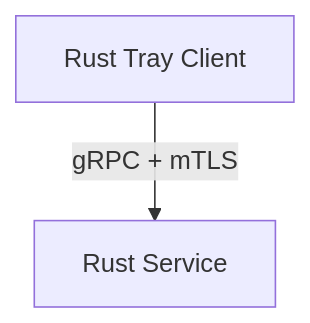
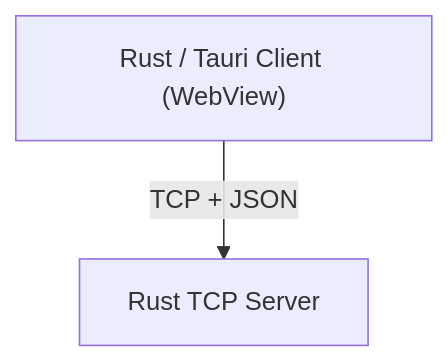
One commit to ADORSYS-GIS/wazuh-agent-status changed the diagram in docs/rust-migration-technical-proposal.md. Above: the diagram before and after it, drawn with Mermaid. The commit also changed other lines of this file and 31 other files, not shown here.

````diff
--- a/docs/rust-migration-technical-proposal.md
+++ b/docs/rust-migration-technical-proposal.md
@@ -11,6 +13,6 @@
 ```mermaid
 graph TD
-    Client["Rust Tray Client"]
-    Server["Rust Service"]
-    Client -->|gRPC + mTLS| Server
+    Client["Rust / Tauri Client (WebView)"]
+    Server["Rust TCP Server"]
+    Client -->|TCP + JSON| Server
 ```
````
